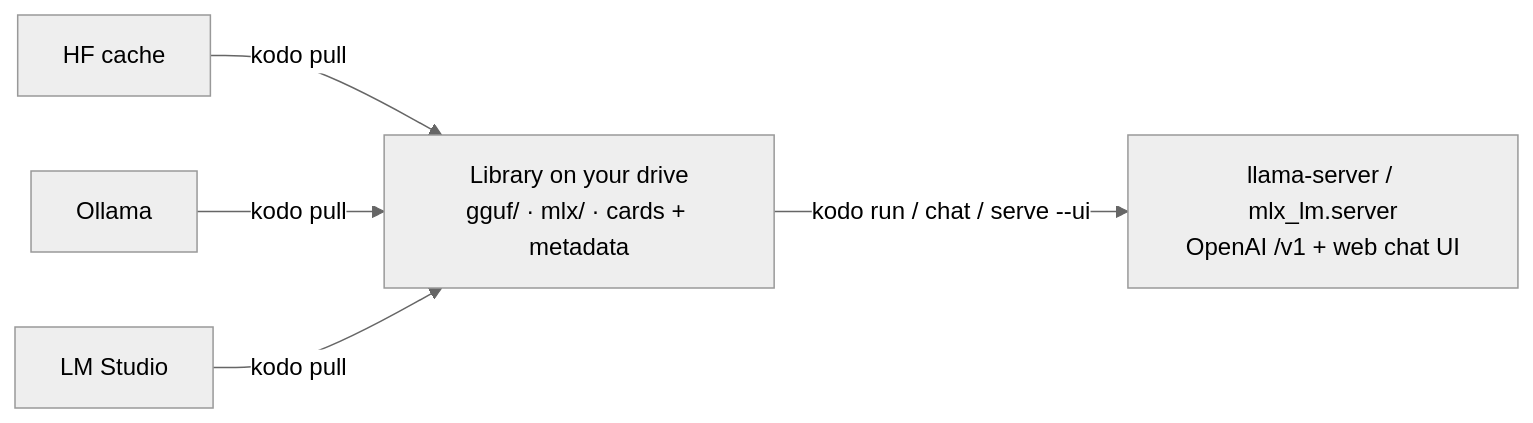
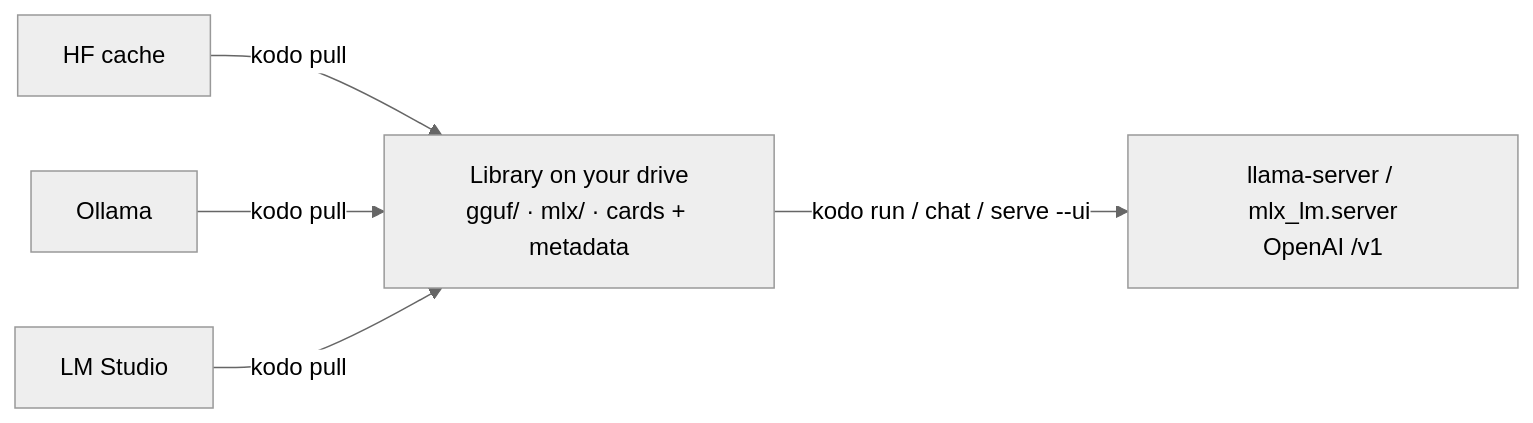
Before and after one commit to winterop-com/stabbur: the diagram in docs/index.md, drawn with Mermaid (neutral theme). The commit also changed other lines of this file and 7 other files, not shown here.

First line of the commit message:
refactor(chat): unify REPLs on the agent loop; drop vestigial web-UI claims

````diff
--- a/docs/index.md
+++ b/docs/index.md
@@ -8,7 +8,7 @@
 ```mermaid
 flowchart LR
     hf["HF cache"] -->|kodo pull| lib
     ol["Ollama"] -->|kodo pull| lib
     ls["LM Studio"] -->|kodo pull| lib
-    lib["Library on your drive<br/>gguf/ · mlx/ · cards + metadata"] -->|kodo run / chat / serve --ui| rt["llama-server / mlx_lm.server<br/>OpenAI /v1 + web chat UI"]
+    lib["Library on your drive<br/>gguf/ · mlx/ · cards + metadata"] -->|kodo run / chat / serve --ui| rt["llama-server / mlx_lm.server<br/>OpenAI /v1 "]
 ```
````
